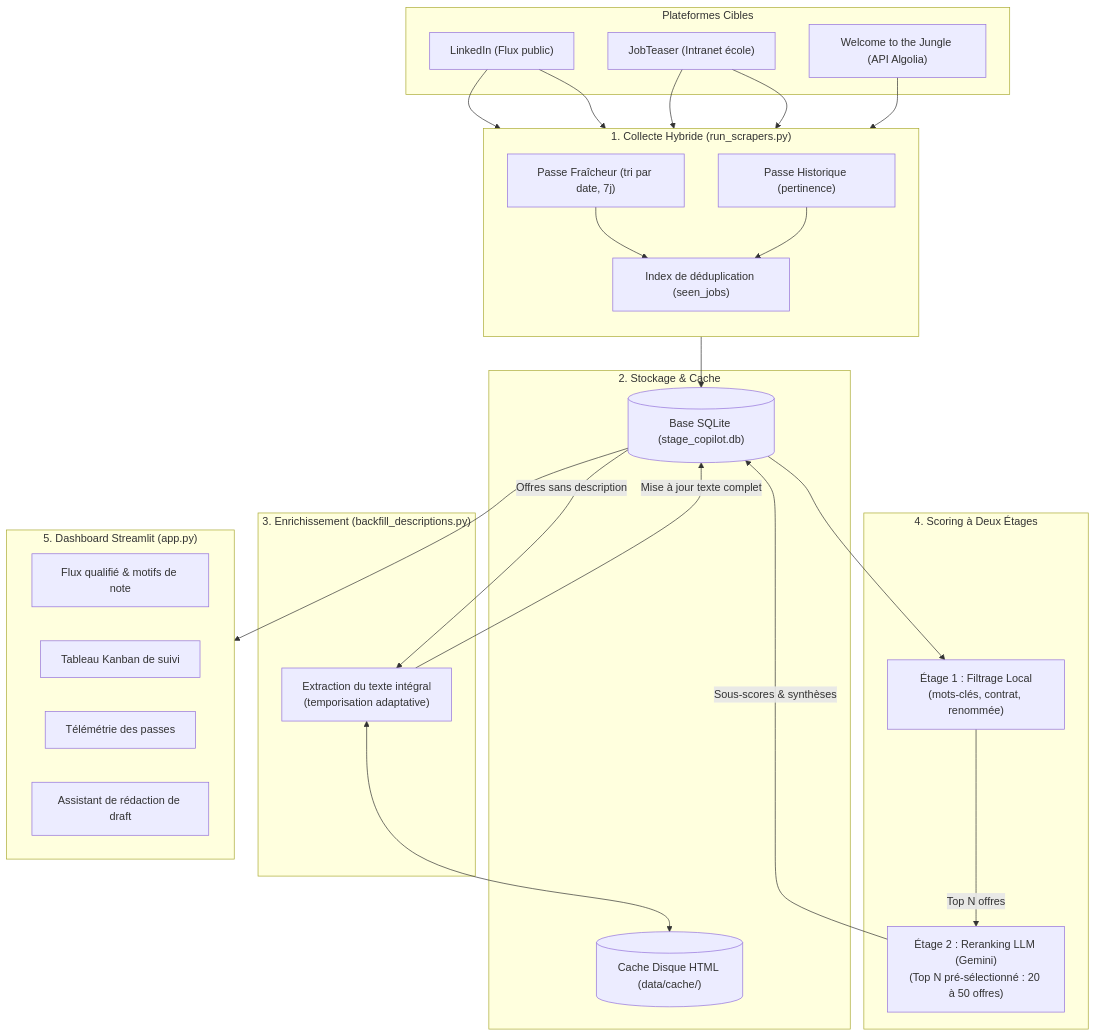
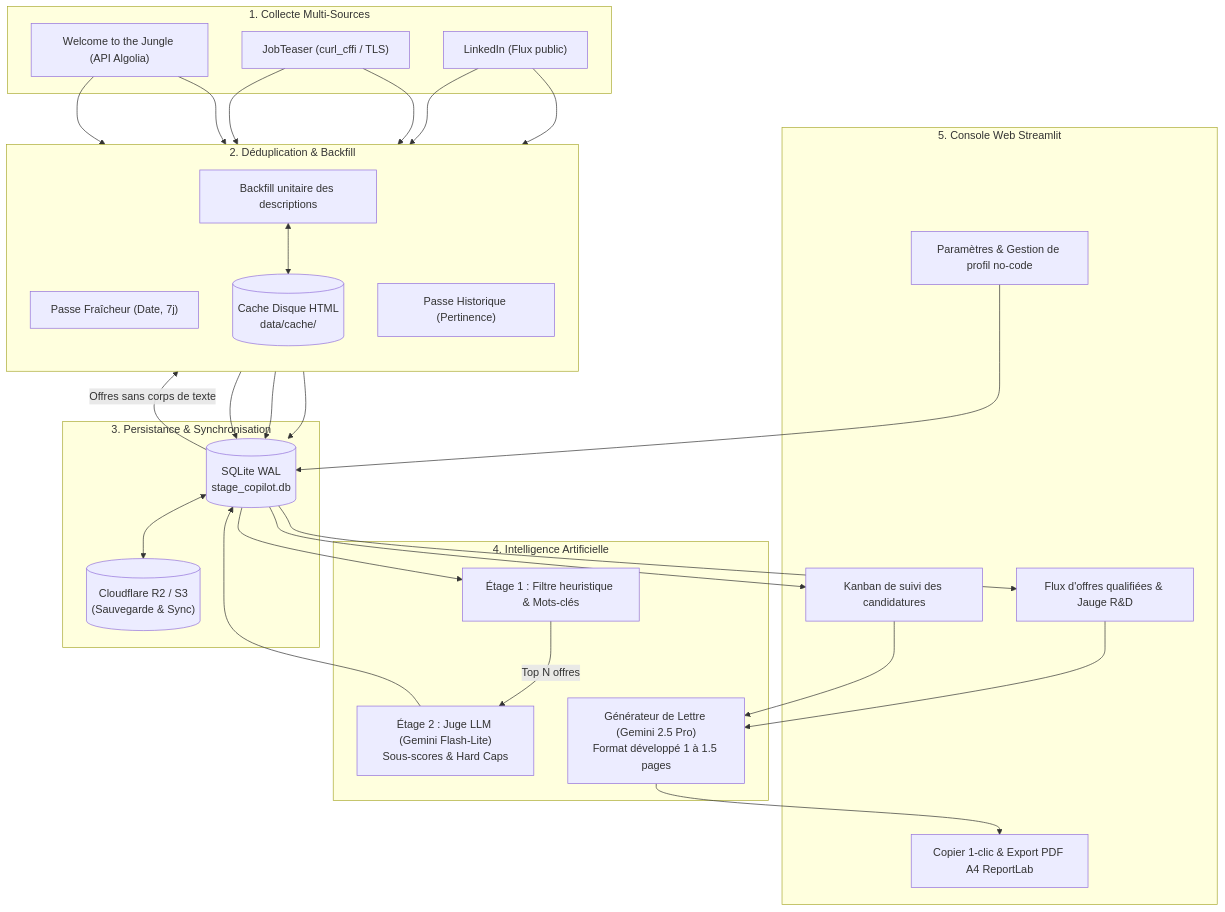
The diagram in README.md (eddy-decastro/Assistant_de_recherche_de_stage_IA), drawn with Mermaid before and after one commit. The commit also changed other lines of this file and 10 other files, not shown here.

Commit message:
feat: refonte lettre de motivation (Gemini 2.5 Pro, export PDF ReportLab, copie 1-clic, L3 Maths)

````diff
--- a/README.md
+++ b/README.md
@@ -44,49 +50,48 @@
 ```mermaid
 flowchart TD
-    subgraph Sources ["Plateformes Cibles"]
+    subgraph Sources ["1. Collecte Multi-Sources"]
         LI["LinkedIn (Flux public)"]
-        JT["JobTeaser (Intranet école)"]
+        JT["JobTeaser (curl_cffi / TLS)"]
         WTTJ["Welcome to the Jungle (API Algolia)"]
     end
 
-    subgraph Collecte ["1. Collecte Hybride (run_scrapers.py)"]
+    subgraph Ingestion ["2. Déduplication & Backfill"]
         direction TB
-        F["Passe Fraîcheur (tri par date, 7j)"]
-        R["Passe Historique (pertinence)"]
-        MEM["Index de déduplication (seen_jobs)"]
+        F["Passe Fraîcheur (Date, 7j)"]
+        R["Passe Historique (Pertinence)"]
+        CACHE[("Cache Disque HTML\ndata/cache/")]
+        BF["Backfill unitaire des descriptions"]
     end
 
-    subgraph Persistance ["2. Stockage & Cache"]
-        DB[("Base SQLite (stage_copilot.db)")]
-        CACHE[("Cache Disque HTML (data/cache/)")]
+    subgraph Stockage ["3. Persistance & Synchronisation"]
+        DB[("SQLite WAL\nstage_copilot.db")]
+        R2[("Cloudflare R2 / S3\n(Sauvegarde & Sync)")]
     end
 
-    subgraph Backfill ["3. Enrichissement (backfill_descriptions.py)"]
-        BF["Extraction du texte intégral\n(temporisation adaptative)"]
+    subgraph Intelligence ["4. Intelligence Artificielle"]
+        FILTRE["Étage 1 : Filtre heuristique & Mots-clés"]
+        JUDGE["Étage 2 : Juge LLM (Gemini Flash-Lite)\nSous-scores & Hard Caps"]
+        GEN["Générateur de Lettre (Gemini 2.5 Pro)\nFormat développé 1 à 1.5 pages"]
     end
 
-    subgraph Scoring ["4. Scoring à Deux Étages"]
-        FILTRE["Étage 1 : Filtrage Local\n(mots-clés, contrat, renommée)"]
-        LLM["Étage 2 : Reranking LLM (Gemini)\n(Top N pré-sélectionné : 20 à 50 offres)"]
+    subgraph UI ["5. Console Web Streamlit"]
+        UI1["Flux d'offres qualifiées & Jauge R&D"]
+        UI2["Kanban de suivi des candidatures"]
+        UI3["Copier 1-clic & Export PDF A4 ReportLab"]
+        UI4["Paramètres & Gestion de profil no-code"]
     end
 
-    subgraph Interface ["5. Dashboard Streamlit (app.py)"]
-        UI1["Flux qualifié & motifs de note"]
-        UI2["Tableau Kanban de suivi"]
-        UI3["Télémétrie des passes"]
-        UI4["Assistant de rédaction de draft"]
-    end
-
-    LI --> F & R
-    JT --> F & R
-    WTTJ --> F
-    F & R --> MEM
-    MEM --> DB
-    DB -->|Offres sans description| BF
+    LI & JT & WTTJ --> F & R
+    F & R --> DB
+    DB -->|Offres sans corps de texte| BF
     BF <--> CACHE
-    BF -->|Mise à jour texte complet| DB
+    BF --> DB
     DB --> FILTRE
-    FILTRE -->|Top N offres| LLM
-    LLM -->|Sous-scores & synthèses| DB
-    DB --> Interface
+    FILTRE -->|Top N offres| JUDGE
+    JUDGE --> DB
+    DB <--> R2
+    DB --> UI1 & UI2
+    UI1 & UI2 --> GEN
+    GEN --> UI3
+    UI4 --> DB
 ```
````
